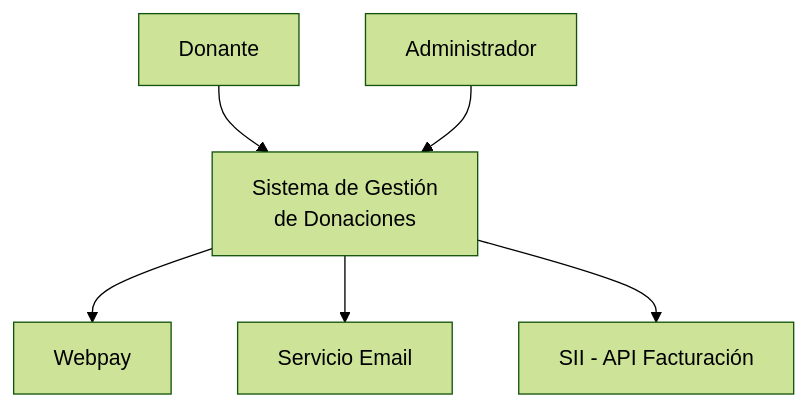
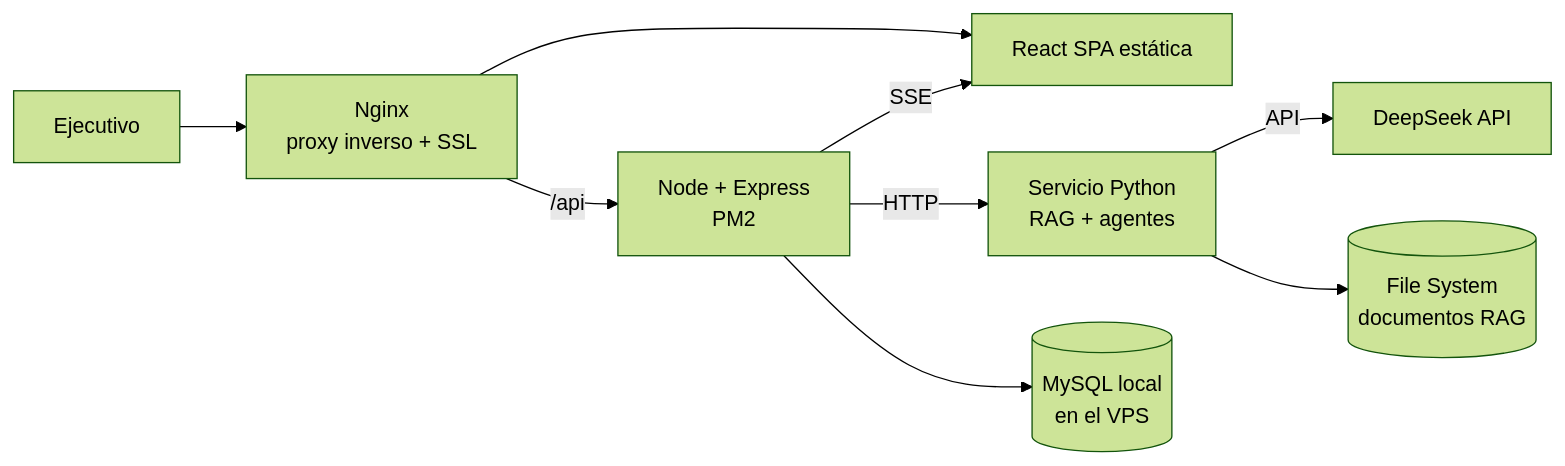
One commit to Umbingelelo/ejercicios-portafolio_titulo-001V changed diagram 14 of 14 in Ejercicio_6_Patrones_Arquitectura_y_Despliegue.md. Above: the diagram before and after it, drawn with Mermaid (forest theme). The commit also changed other lines of this file, not shown here.

````diff
--- a/Ejercicio_6_Patrones_Arquitectura_y_Despliegue.md
+++ b/Ejercicio_6_Patrones_Arquitectura_y_Despliegue.md
@@ -1888,10 +1653,11 @@
 ```mermaid
-flowchart TB
-    U1[Donante]
-    U2[Administrador]
-    U1 --> SYS[Sistema de Gestión<br/>de Donaciones]
-    U2 --> SYS
-    SYS --> WP[Webpay]
-    SYS --> EMAIL[Servicio Email]
-    SYS --> SII[SII - API Facturación]
+flowchart LR
+    U[Ejecutivo] --> NGINX[Nginx<br/>proxy inverso + SSL]
+    NGINX --> WEB[React SPA estática]
+    NGINX -->|/api| NODE[Node + Express<br/>PM2]
+    NODE -->|SSE| WEB
+    NODE -->|HTTP| PY[Servicio Python<br/>RAG + agentes]
+    PY -->|API| IA[DeepSeek API]
+    NODE --> MY[(MySQL local<br/>en el VPS)]
+    PY --> FS[(File System<br/>documentos RAG)]
 ```
````
